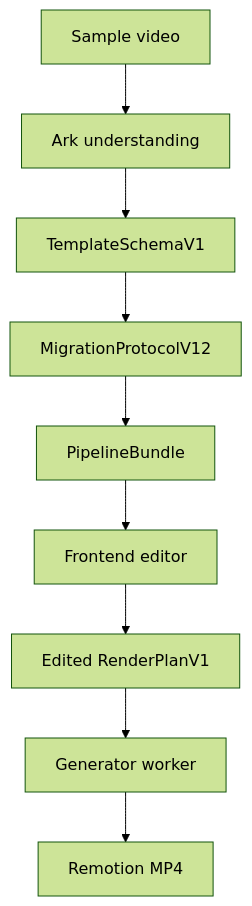
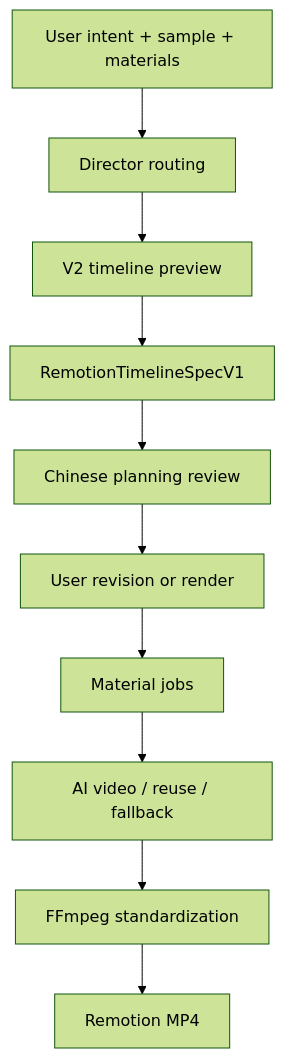
One commit to liumu2024/AUTO_Audio changed the diagram in docs/PROJECT_OVERVIEW.md. Above: the diagram before and after it, drawn with Mermaid (forest theme). The commit also changed other lines of this file and 78 other files, not shown here.

Commit message:
feat: route creation through v2 timeline

````diff
--- a/docs/PROJECT_OVERVIEW.md
+++ b/docs/PROJECT_OVERVIEW.md
@@ -19,11 +21,12 @@
 ```mermaid
 flowchart TB
-  A["Sample video"] --> B["Ark understanding"]
-  B --> C["TemplateSchemaV1"]
-  C --> D["MigrationProtocolV12"]
-  D --> E["PipelineBundle"]
-  E --> F["Frontend editor"]
-  F --> G["Edited RenderPlanV1"]
-  G --> H["Generator worker"]
-  H --> I["Remotion MP4"]
+  A["User intent + sample + materials"] --> B["Director routing"]
+  B --> C["V2 timeline preview"]
+  C --> D["RemotionTimelineSpecV1"]
+  D --> E["Chinese planning review"]
+  E --> F["User revision or render"]
+  F --> G["Material jobs"]
+  G --> H["AI video / reuse / fallback"]
+  H --> I["FFmpeg standardization"]
+  I --> J["Remotion MP4"]
 ```
````
